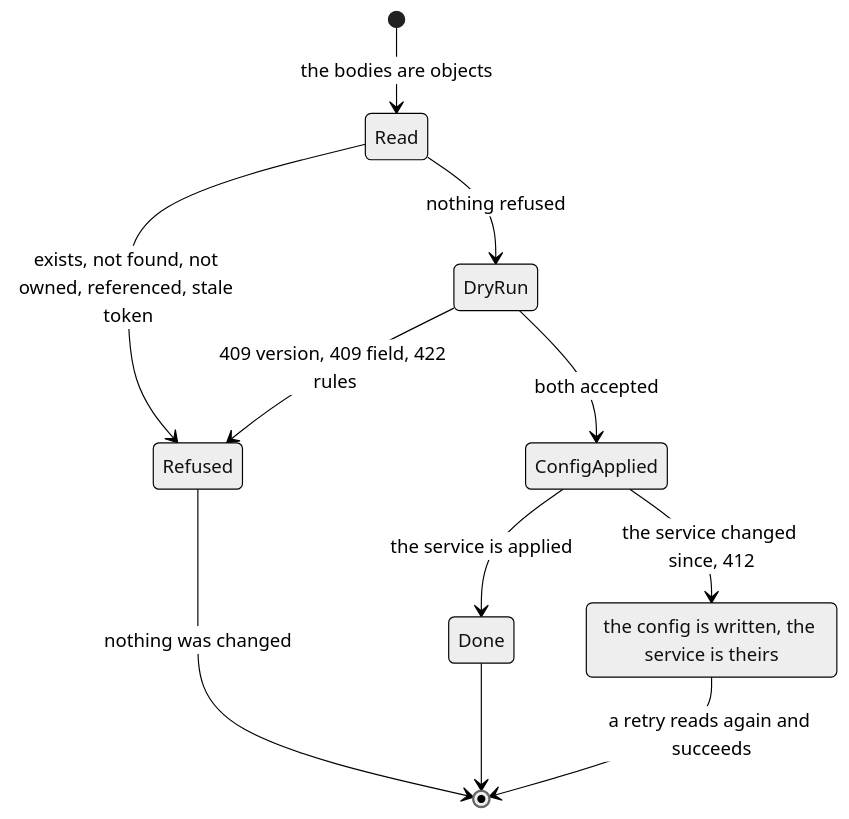
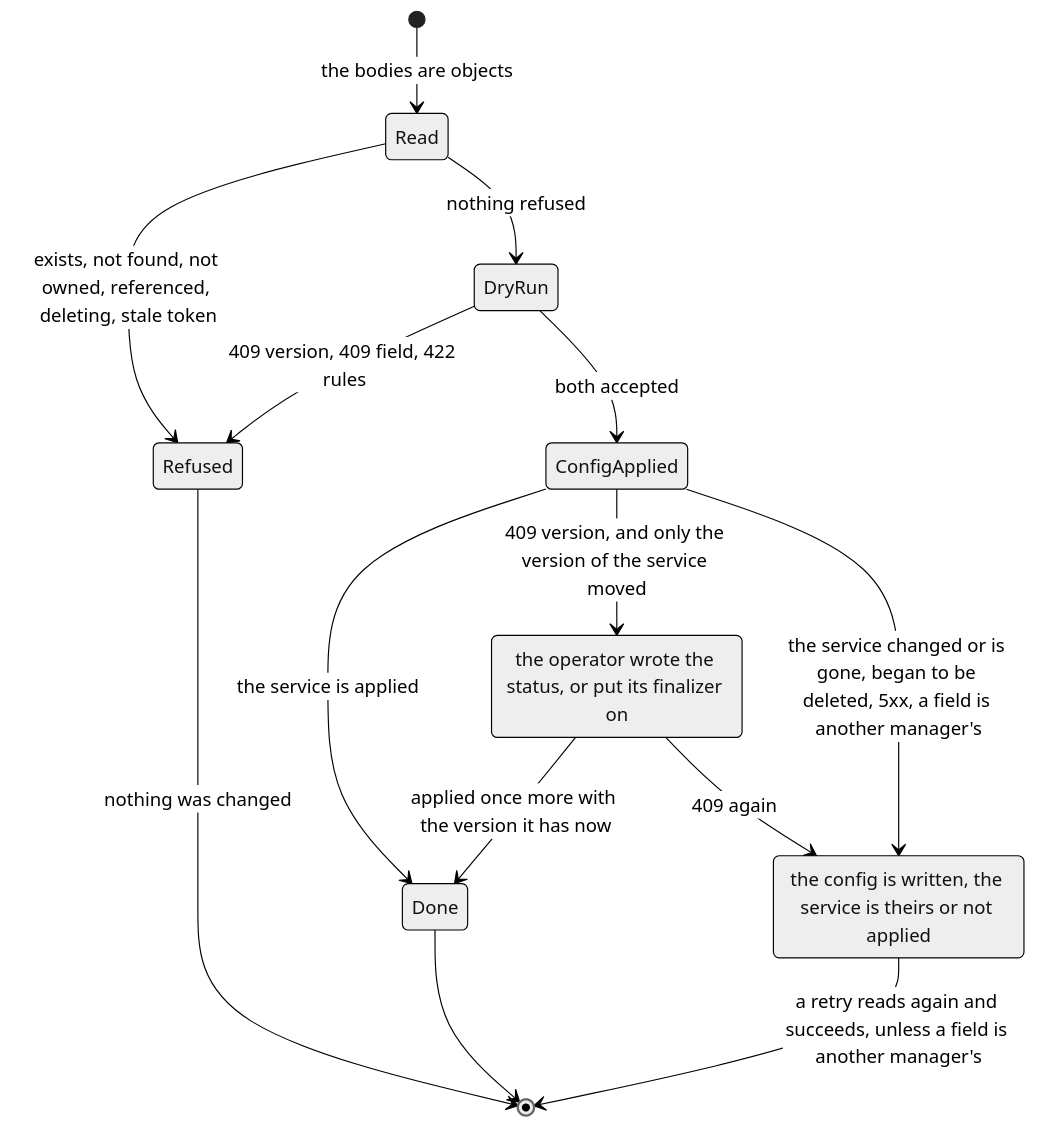
One commit to vymalo/another-agentic-platform changed the second of 4 diagrams in crates/objects-kubernetes/README.md. Above: the diagram before and after it, drawn with Mermaid (neutral theme). The commit also changed other lines of this file and 5 other files, not shown here.

````diff
--- a/crates/objects-kubernetes/README.md
+++ b/crates/objects-kubernetes/README.md
@@ -58,15 +59,19 @@
 ```mermaid
 stateDiagram-v2
     [*] --> Read: the bodies are objects
-    Read --> Refused: exists, not found, not owned, referenced, stale token
+    Read --> Refused: exists, not found, not owned, referenced, deleting, stale token
     Read --> DryRun: nothing refused
     DryRun --> Refused: 409 version, 409 field, 422 rules
     DryRun --> ConfigApplied: both accepted
     ConfigApplied --> Done: the service is applied
-    ConfigApplied --> HalfDone: the service changed since, 412
+    ConfigApplied --> Again: 409 version, and only the version of the service moved
+    Again --> Done: applied once more with the version it has now
+    Again --> HalfDone: 409 again
+    ConfigApplied --> HalfDone: the service changed or is gone, began to be deleted, 5xx, a field is another manager's
     Refused --> [*]: nothing was changed
     Done --> [*]
-    HalfDone --> [*]: a retry reads again and succeeds
+    HalfDone --> [*]: a retry reads again and succeeds, unless a field is another manager's
 
-    HalfDone: the config is written, the service is theirs
+    HalfDone: the config is written, the service is theirs or not applied
+    Again: the operator wrote the status, or put its finalizer on
 ```
````
